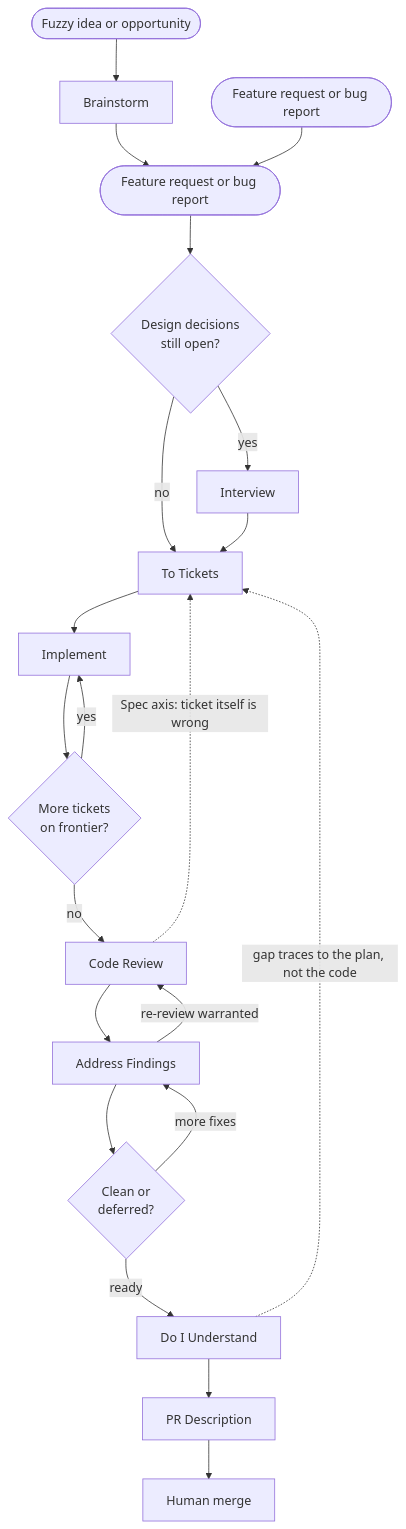
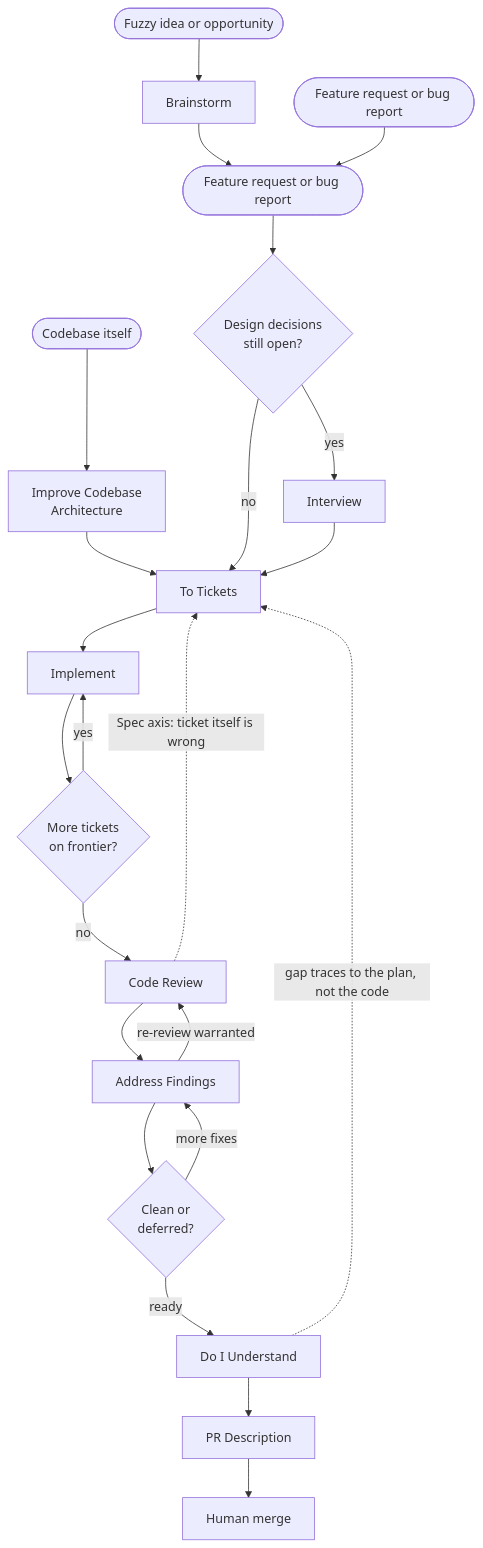
One commit to rosario-terranova-nearform/rt-skills changed the diagram in README.md. Above: the diagram before and after it, drawn with Mermaid. The commit also changed other lines of this file and 9 other files, not shown here.

Commit message:
Add disable-model-invocation flag to multiple skills and update README for architectural flow

````diff
--- a/README.md
+++ b/README.md
@@ -12,23 +13,25 @@
 ```mermaid
 flowchart TD
   O([Fuzzy idea or opportunity]) --> BS[Brainstorm]
   BS --> S([Feature request or bug report])
   F([Feature request or bug report]) --> S
+  CA([Codebase itself]) --> ICA[Improve Codebase<br/>Architecture]
+  ICA --> B
   S --> Q{Design decisions<br/>still open?}
   Q -->|yes| A[Interview]
   Q -->|no| B[To Tickets]
   A --> B
   B --> C[Implement]
   C --> D{More tickets<br/>on frontier?}
   D -->|yes| C
   D -->|no| E[Code Review]
   E --> FF[Address Findings]
   FF -->|re-review warranted| E
   FF --> G{Clean or<br/>deferred?}
   G -->|more fixes| FF
   G -->|ready| H[Do I Understand]
   H --> I[PR Description]
   I --> J[Human merge]
   E -.->|Spec axis: ticket itself is wrong| B
   H -.->|gap traces to the plan, not the code| B
 ```
````
